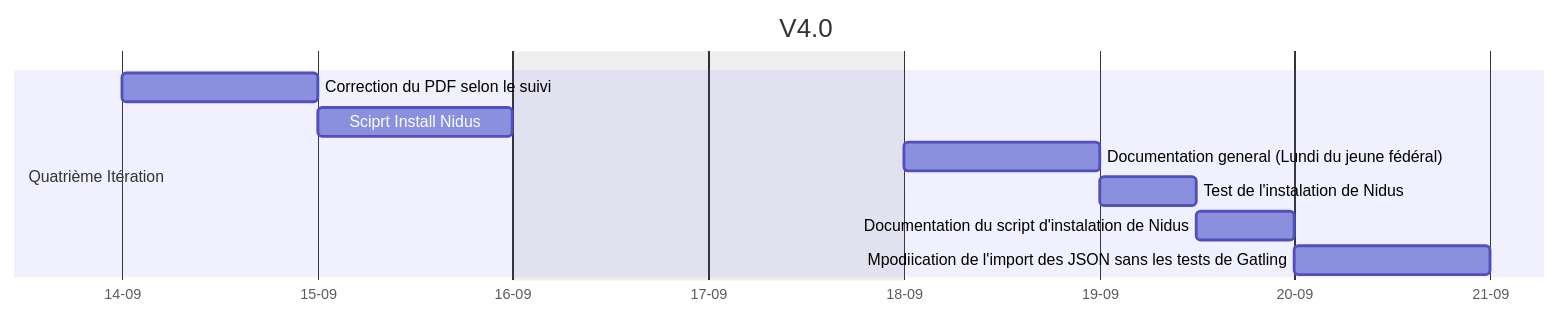
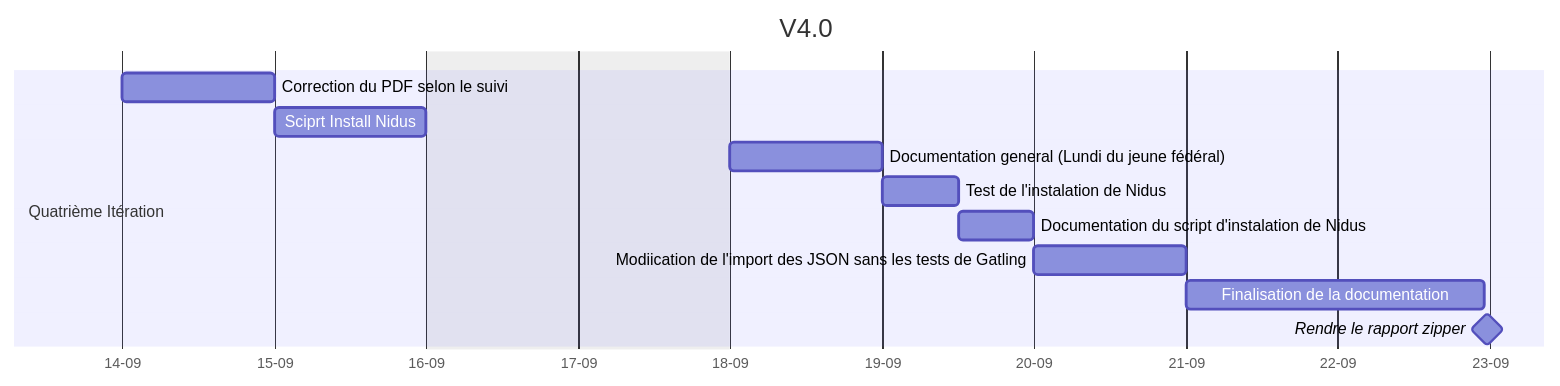
Before and after one commit to TobbyCy/CuriousTRex: the fifth of 5 diagrams in docs/rapport.md, drawn with Mermaid. The commit also changed other lines of this file and 22 other files, not shown here.

Commit message:
Rapport Mis à jour avec ajout des logo pour "allèger" les pavé de textes

````diff
--- a/docs/rapport.md
+++ b/docs/rapport.md
@@ -512,18 +516,19 @@
 ```mermaid
 gantt
     dateFormat  YYYY-MM-DD
     title       V4.0
     excludes    weekends
     axisFormat %d-%m
     tickInterval 1day
     section Quatrième Itération
 
     Correction du PDF selon le suivi : V4-d1, 2023-09-14, 24h
     Sciprt Install Nidus : V4-d2, after V4-d1, 24h
     Documentation general (Lundi du jeune fédéral) : V4-d3, after V4-d2, 24h
     Test de l'instalation de Nidus : V4-d4, after V4-d3, 12h
     Documentation du script d'instalation de Nidus : V4-d5, after V4-d4, 12h
-    Mpodiication de l'import des JSON sans les tests de Gatling : V4-d6, after V4-d5, 24h
-
+    Modiication de l'import des JSON sans les tests de Gatling : V4-d6, after V4-d5, 24h
+    Finalisation de la documentation :  V4-d7, after V4-d6, 47h
+    Rendre le rapport zipper : milestone, V4-d8, after V4-d7, 1h
 
 ```
````
